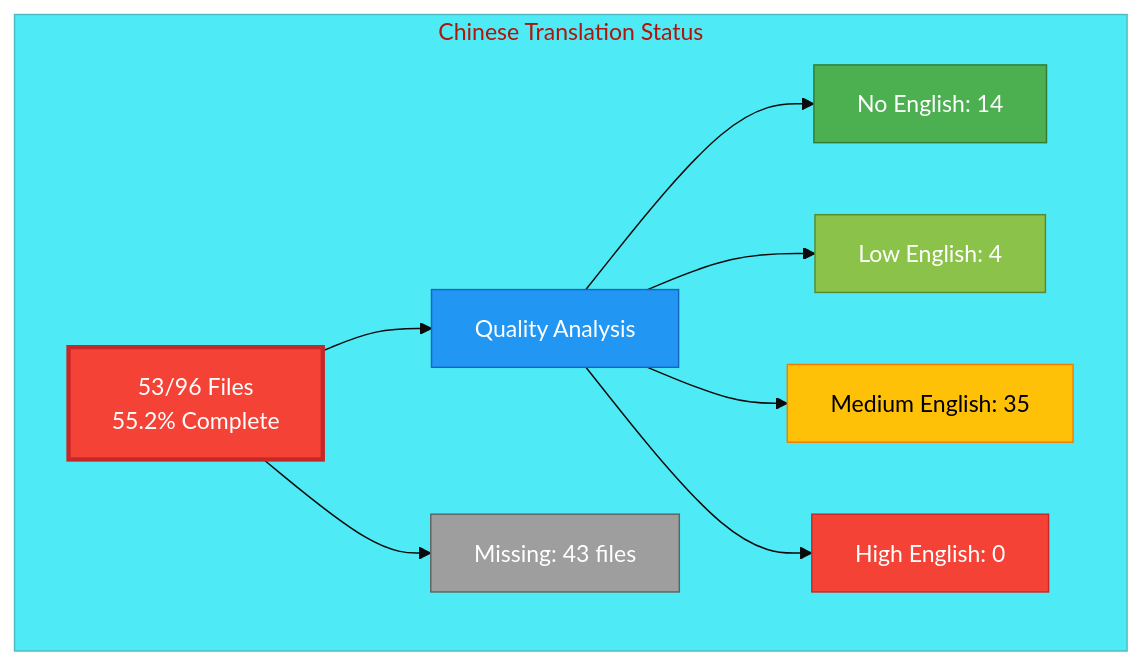
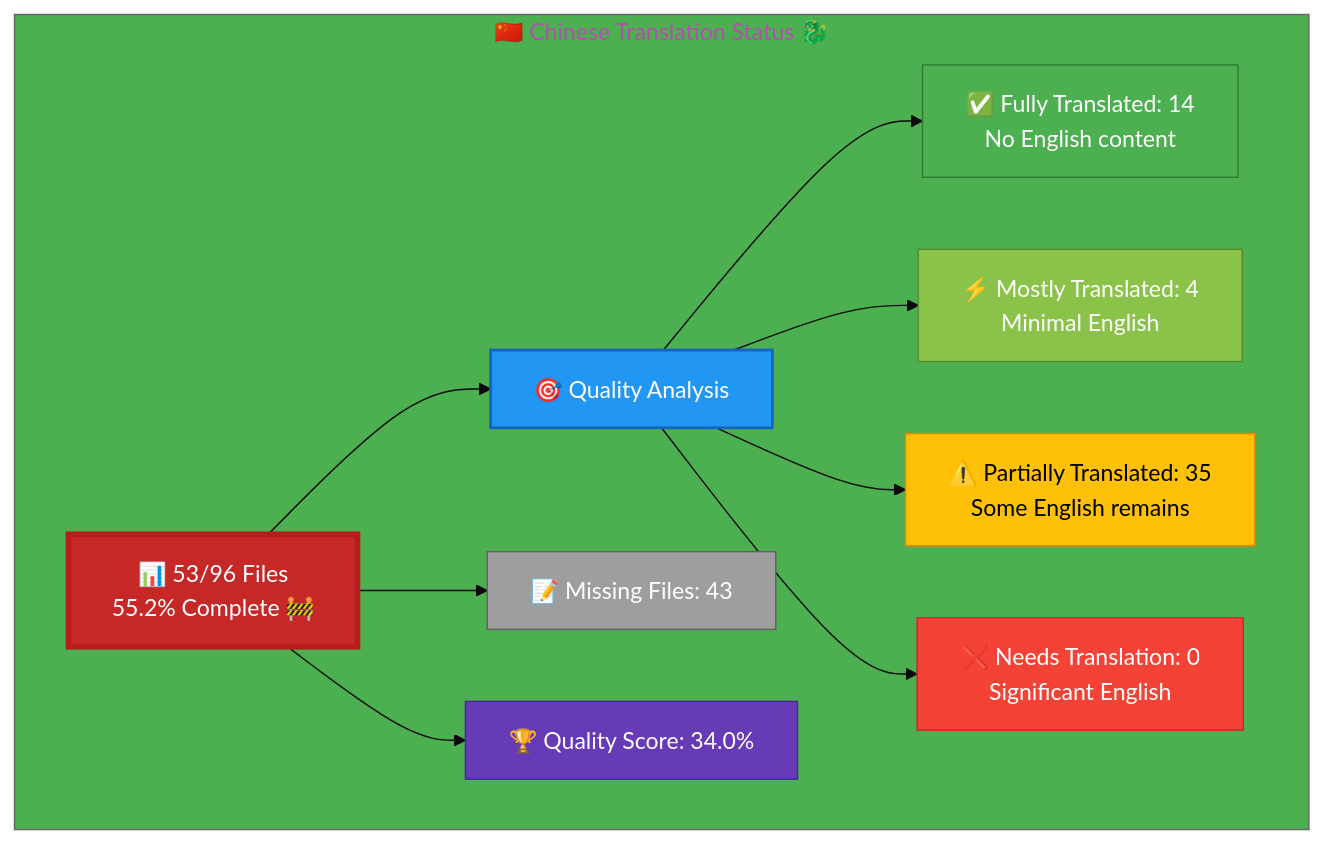
Before and after one commit to Hack23/homepage: the diagram in Chinese-Translation-Status.md, drawn with Mermaid. The commit also changed other lines of this file and 26 other files, not shown here.

Commit message:
Complete validation & enhancement: icons, color-coded Mermaid diagrams, accuracy verified for all 26 files

````diff
--- a/Chinese-Translation-Status.md
+++ b/Chinese-Translation-Status.md
@@ -11,22 +12,26 @@
 ```mermaid
-%%{init: {'theme':'base', 'themeVariables': { 'primaryColor':'#F44336'}}}%%
+%%{init: {'theme':'base', 'themeVariables': {'primaryColor':'#C62828','secondaryColor':'#2196F3','tertiaryColor':'#4CAF50','fontSize':'16px'}}}%%
 graph TB
-    subgraph "Chinese Translation Status"
-        A[53/96 Files<br/>55.2% Complete]
-        A --> B[Quality Analysis]
-        B --> C[No English: 14]
-        B --> D[Low English: 4]
-        B --> E[Medium English: 35]
-        B --> F[High English: 0]
+    subgraph "🇨🇳 Chinese Translation Status 🐉"
+        A["📊 53/96 Files<br/>55.2% Complete 🚧"]
         
-        A --> G[Missing: 43 files]
+        A --> B["🎯 Quality Analysis"]
+        B --> C["✅ Fully Translated: 14<br/>No English content"]
+        B --> D["⚡ Mostly Translated: 4<br/>Minimal English"]
+        B --> E["⚠️  Partially Translated: 35<br/>Some English remains"]
+        B --> F["❌ Needs Translation: 0<br/>Significant English"]
         
-        style A fill:#F44336,stroke:#C62828,color:#fff,stroke-width:3px
-        style B fill:#2196F3,stroke:#1565C0,color:#fff
+        A --> G["📝 Missing Files: 43"]
+        
+        A --> H["🏆 Quality Score: 34.0%"]
+        
+        style A fill:#C62828,stroke:#B71C1C,color:#fff,stroke-width:4px
+        style B fill:#2196F3,stroke:#1565C0,color:#fff,stroke-width:2px
         style C fill:#4CAF50,stroke:#2E7D32,color:#fff
         style D fill:#8BC34A,stroke:#558B2F,color:#fff
         style E fill:#FFC107,stroke:#F57C00,color:#000
         style F fill:#F44336,stroke:#C62828,color:#fff
         style G fill:#9E9E9E,stroke:#616161,color:#fff
+        style H fill:#673AB7,stroke:#4527A0,color:#fff
     end
 ```
````
